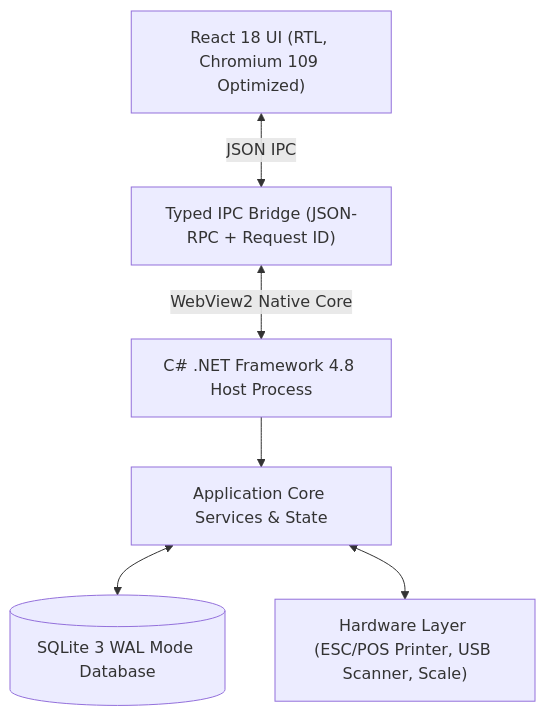
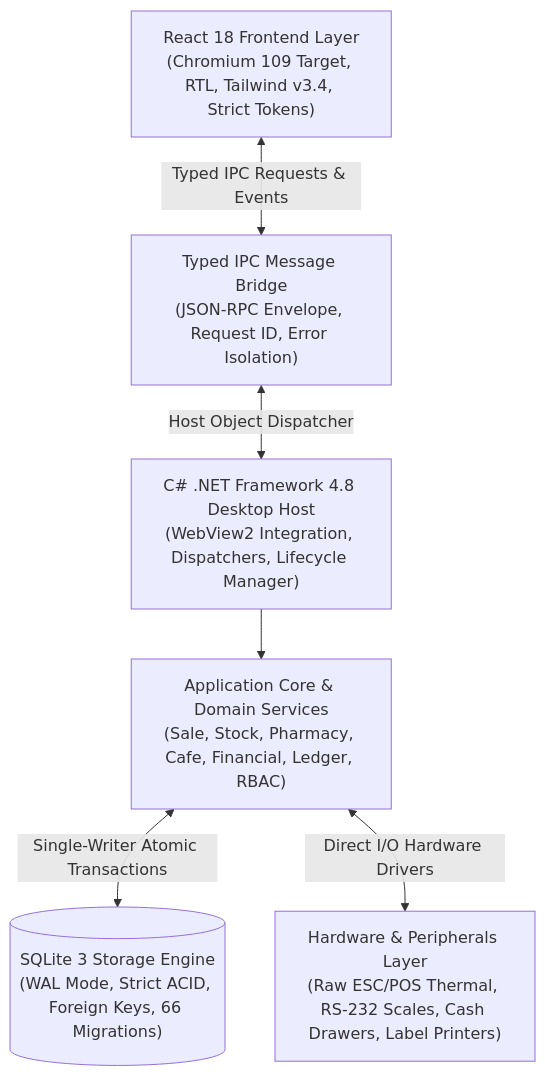
The first of 3 diagrams in README.md (ISlamKhaledAli/RAFIQ), drawn with Mermaid before and after one commit. The commit also changed other lines of this file and 128 other files, not shown here.

````diff
--- a/README.md
+++ b/README.md
@@ -142,15 +136,15 @@
 ```mermaid
 graph TD
-    UI["React 18 UI (RTL, Chromium 109 Optimized)"]
-    Bridge["Typed IPC Bridge (JSON-RPC + Request ID)"]
-    Host["C# .NET Framework 4.8 Host Process"]
-    Services["Application Core Services & State"]
-    DB[("SQLite 3 WAL Mode Database")]
-    Hardware["Hardware Layer (ESC/POS Printer, USB Scanner, Scale)"]
+    UI["React 18 Frontend Layer<br/>(Chromium 109 Target, RTL, Tailwind v3.4, Strict Tokens)"]
+    Bridge["Typed IPC Message Bridge<br/>(JSON-RPC Envelope, Request ID, Error Isolation)"]
+    Host["C# .NET Framework 4.8 Desktop Host<br/>(WebView2 Integration, Dispatchers, Lifecycle Manager)"]
+    Domain["Application Core & Domain Services<br/>(Sale, Stock, Pharmacy, Cafe, Financial, Ledger, RBAC)"]
+    Storage[("SQLite 3 Storage Engine<br/>(WAL Mode, Strict ACID, Foreign Keys, 66 Migrations)")]
+    Hardware["Hardware & Peripherals Layer<br/>(Raw ESC/POS Thermal, RS-232 Scales, Cash Drawers, Label Printers)"]
 
-    UI <-->|JSON IPC| Bridge
-    Bridge <-->|WebView2 Native Core| Host
-    Host --> Services
-    Services <--> DB
-    Services <--> Hardware
+    UI <-->|Typed IPC Requests & Events| Bridge
+    Bridge <-->|Host Object Dispatcher| Host
+    Host --> Domain
+    Domain <-->|Single-Writer Atomic Transactions| Storage
+    Domain <-->|Direct I/O Hardware Drivers| Hardware
 ```
````
